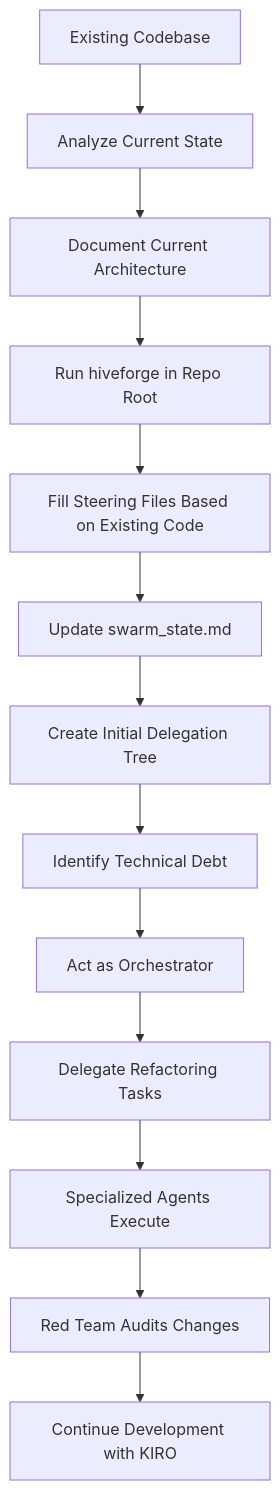
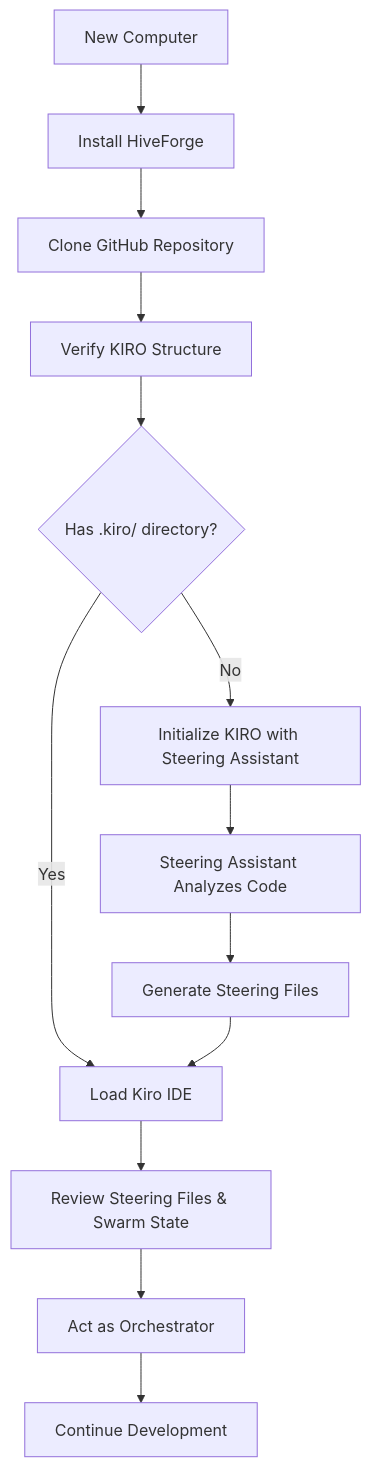
The third of 4 diagrams in WORKFLOW.md (asoshnin/HiveForge), drawn with Mermaid before and after one commit. The commit also changed other lines of this file and 10 other files, not shown here.

First line of the commit message:
feat(steering-assistant): Implement core analysis components

````diff
--- a/WORKFLOW.md
+++ b/WORKFLOW.md
@@ -260,15 +260,15 @@
 ```mermaid
 graph TD
-    A[Existing Codebase] --> B[Analyze Current State]
-    B --> C[Document Current Architecture]
-    C --> D[Run hiveforge in Repo Root]
-    D --> E[Fill Steering Files Based on Existing Code]
-    E --> F[Update swarm_state.md]
-    F --> G[Create Initial Delegation Tree]
-    G --> H[Identify Technical Debt]
-    H --> I[Act as Orchestrator]
-    I --> J[Delegate Refactoring Tasks]
-    J --> K[Specialized Agents Execute]
-    K --> L[Red Team Audits Changes]
-    L --> M[Continue Development with KIRO]
+    A[New Computer] --> B[Install HiveForge]
+    B --> C[Clone GitHub Repository]
+    C --> D[Verify KIRO Structure]
+    D --> E{Has .kiro/ directory?}
+    E -->|Yes| F[Load Kiro IDE]
+    E -->|No| G[Initialize KIRO with Steering Assistant]
+    G --> H[Steering Assistant Analyzes Code]
+    H --> I[Generate Steering Files]
+    I --> F
+    F --> J[Review Steering Files & Swarm State]
+    J --> K[Act as Orchestrator]
+    K --> L[Continue Development]
 ```
````
